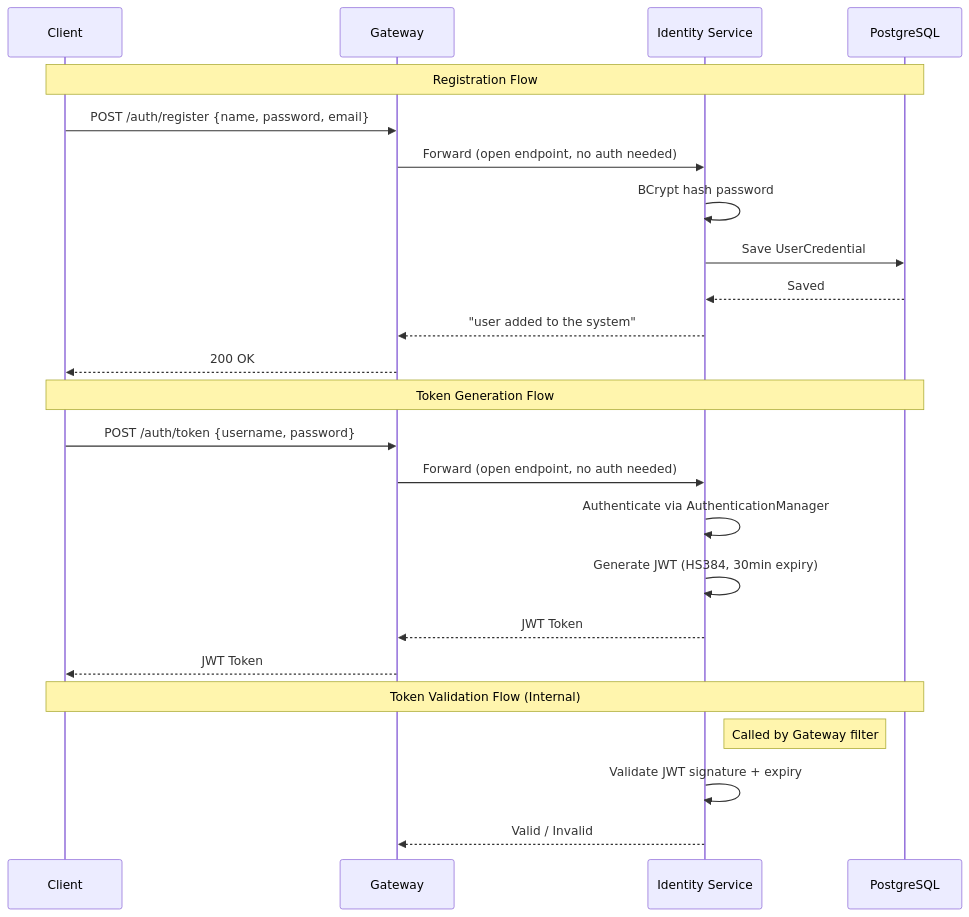
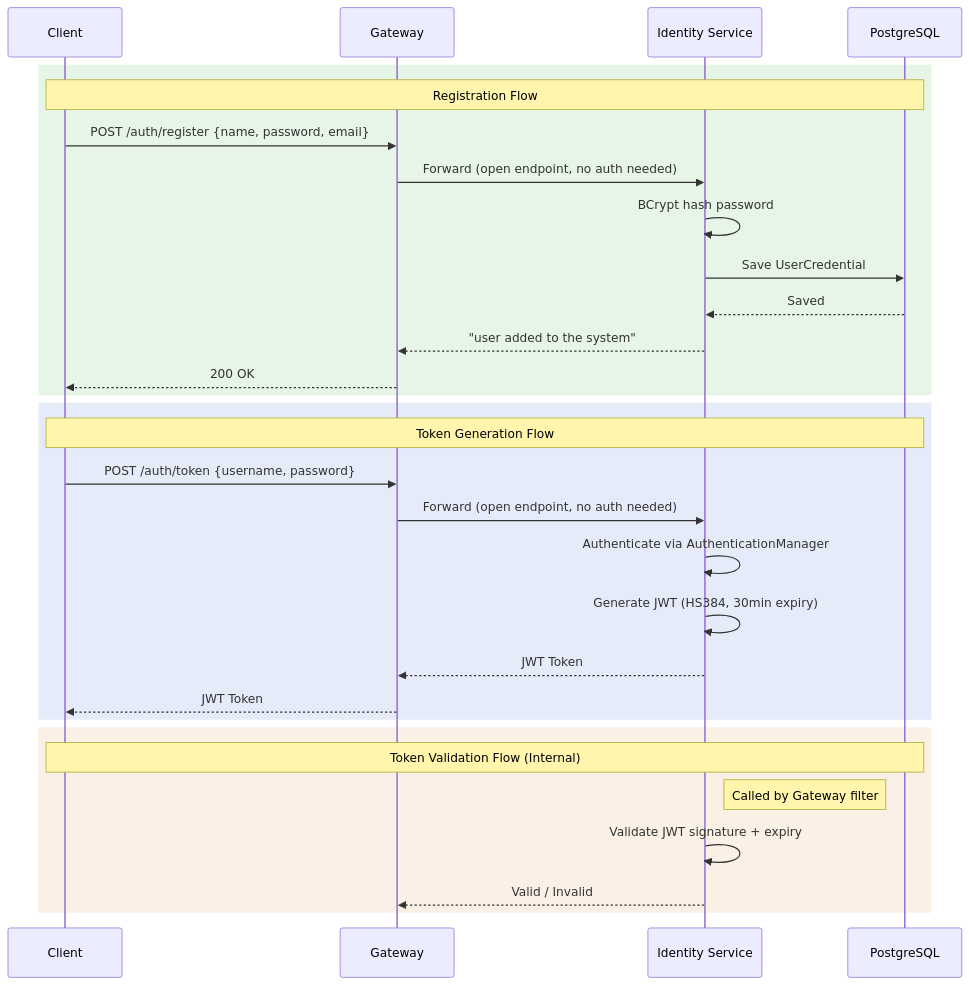
Before and after one commit to sawmikcuet19/auth-microservices: the third of 11 diagrams in README.md, drawn with Mermaid. The commit also changed other lines of this file, not shown here.

First line of the commit message:
Fix README mermaid diagram colors for better readability

````diff
--- a/README.md
+++ b/README.md
@@ -92,29 +102,35 @@
 ```mermaid
 sequenceDiagram
     participant C as Client
     participant G as Gateway
     participant I as Identity Service
     participant DB as PostgreSQL
 
-    Note over C,DB: Registration Flow
-    C->>G: POST /auth/register {name, password, email}
-    G->>I: Forward (open endpoint, no auth needed)
-    I->>I: BCrypt hash password
-    I->>DB: Save UserCredential
-    DB-->>I: Saved
-    I-->>G: "user added to the system"
-    G-->>C: 200 OK
+    rect rgb(230, 245, 230)
+        Note over C,DB: Registration Flow
+        C->>G: POST /auth/register {name, password, email}
+        G->>I: Forward (open endpoint, no auth needed)
+        I->>I: BCrypt hash password
+        I->>DB: Save UserCredential
+        DB-->>I: Saved
+        I-->>G: "user added to the system"
+        G-->>C: 200 OK
+    end
 
-    Note over C,DB: Token Generation Flow
-    C->>G: POST /auth/token {username, password}
-    G->>I: Forward (open endpoint, no auth needed)
-    I->>I: Authenticate via AuthenticationManager
-    I->>I: Generate JWT (HS384, 30min expiry)
-    I-->>G: JWT Token
-    G-->>C: JWT Token
+    rect rgb(230, 235, 250)
+        Note over C,DB: Token Generation Flow
+        C->>G: POST /auth/token {username, password}
+        G->>I: Forward (open endpoint, no auth needed)
+        I->>I: Authenticate via AuthenticationManager
+        I->>I: Generate JWT (HS384, 30min expiry)
+        I-->>G: JWT Token
+        G-->>C: JWT Token
+    end
 
-    Note over C,DB: Token Validation Flow (Internal)
-    Note right of I: Called by Gateway filter
-    I->>I: Validate JWT signature + expiry
-    I-->>G: Valid / Invalid
+    rect rgb(250, 240, 230)
+        Note over C,DB: Token Validation Flow (Internal)
+        Note right of I: Called by Gateway filter
+        I->>I: Validate JWT signature + expiry
+        I-->>G: Valid / Invalid
+    end
 ```
````
